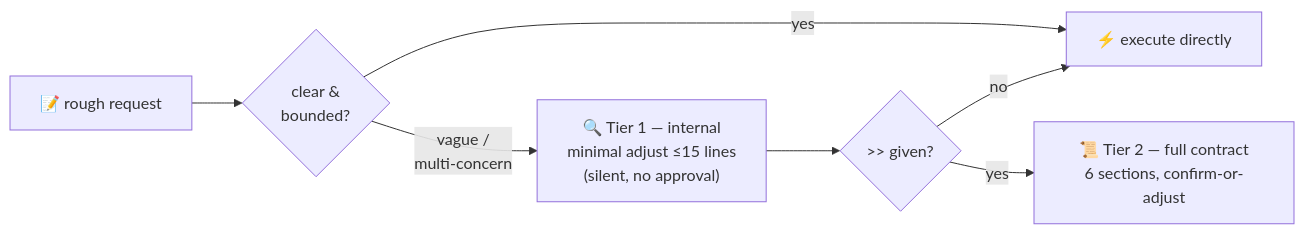
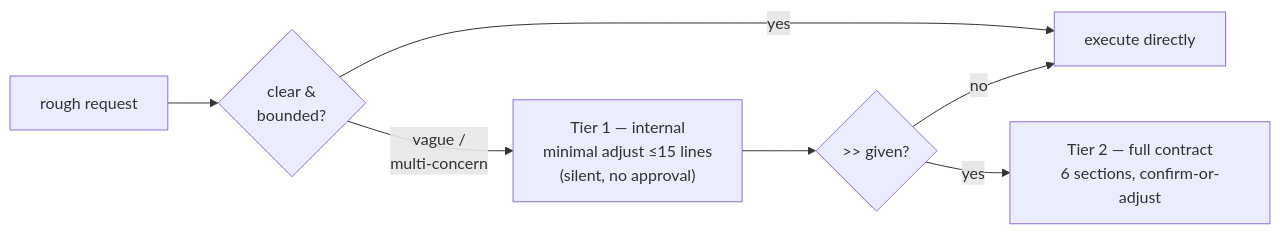
One commit to ils15/pantheon-opencode changed the second of 4 diagrams in README.md. Above: the diagram before and after it, drawn with Mermaid. The commit also changed other lines of this file and 63 other files, not shown here.

````diff
--- a/README.md
+++ b/README.md
@@ -38,9 +35,9 @@
 ```mermaid
 flowchart LR
-    R["📝 rough request"] --> T0{"clear &<br/>bounded?"}
-    T0 -->|yes| X["⚡ execute directly"]
-    T0 -->|"vague /<br/>multi-concern"| T1["🔍 Tier 1 — internal<br/>minimal adjust ≤15 lines<br/>(silent, no approval)"]
+    R["rough request"] --> T0{"clear &<br/>bounded?"}
+    T0 -->|yes| X["execute directly"]
+    T0 -->|"vague /<br/>multi-concern"| T1["Tier 1 — internal<br/>minimal adjust ≤15 lines<br/>(silent, no approval)"]
     T1 --> T2q{">> given?"}
-    T2q -->|yes| T2["📜 Tier 2 — full contract<br/>6 sections, confirm-or-adjust"]
+    T2q -->|yes| T2["Tier 2 — full contract<br/>6 sections, confirm-or-adjust"]
     T2q -->|no| X
 ```
````
